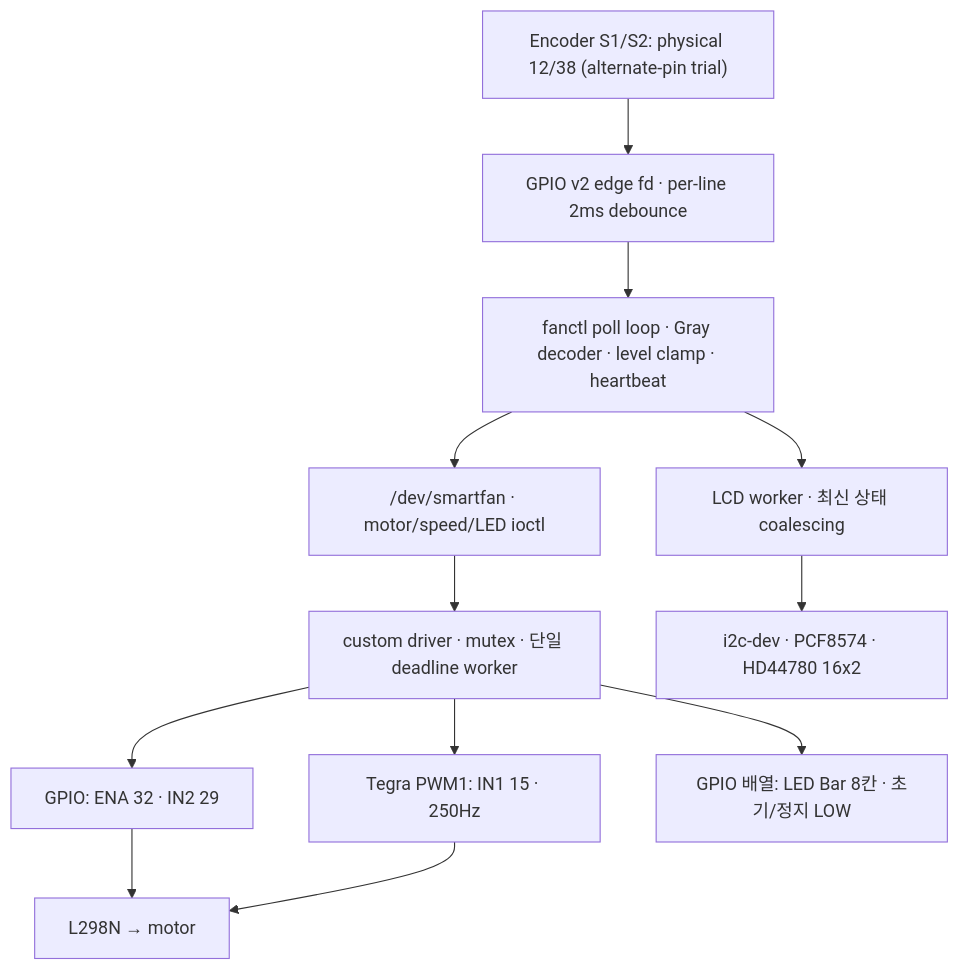
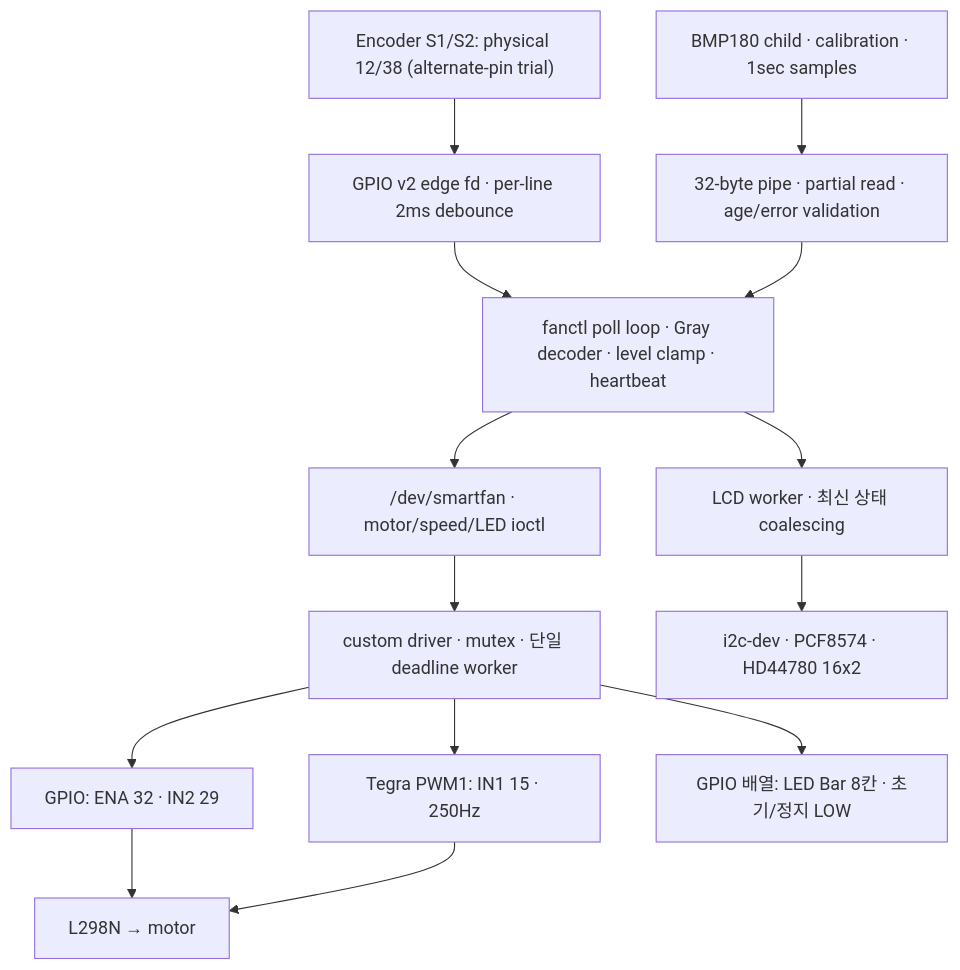
Before and after one commit to hckim-dev/jetson-smart-fan-controller: the first of 2 diagrams in docs/architecture.md, drawn with Mermaid. The commit also changed other lines of this file and 30 other files, not shown here.

````diff
--- a/docs/architecture.md
+++ b/docs/architecture.md
@@ -12,14 +14,16 @@
 ```mermaid
 flowchart TD
     ENC["Encoder S1/S2: physical 12/38 (alternate-pin trial)"] --> GPIOIN["GPIO v2 edge fd · per-line 2ms debounce"]
     GPIOIN --> CLI["fanctl poll loop · Gray decoder · level clamp · heartbeat"]
     CLI --> DEV["/dev/smartfan · motor/speed/LED ioctl"]
     DEV --> DRV["custom driver · mutex · 단일 deadline worker"]
     DRV --> EN["GPIO: ENA 32 · IN2 29"]
     DRV --> PWM["Tegra PWM1: IN1 15 · 250Hz"]
     EN --> BRIDGE["L298N → motor"]
     PWM --> BRIDGE
     DRV --> LED["GPIO 배열: LED Bar 8칸 · 초기/정지 LOW"]
     CLI --> LCDWORKER["LCD worker · 최신 상태 coalescing"]
     LCDWORKER --> LCD["i2c-dev · PCF8574 · HD44780 16x2"]
+    BMP["BMP180 child · calibration · 1sec samples"] --> IPC["32-byte pipe · partial read · age/error validation"]
+    IPC --> CLI
 ```
````
